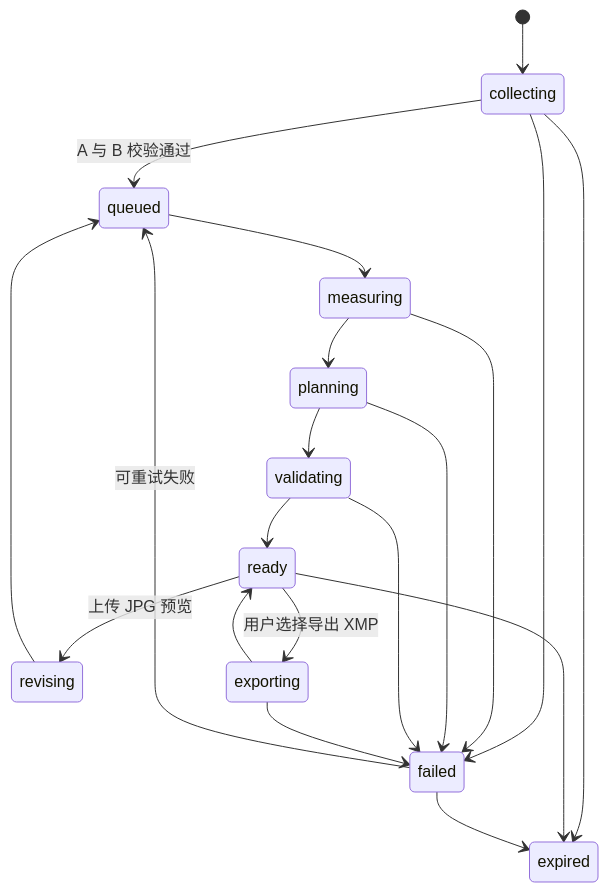
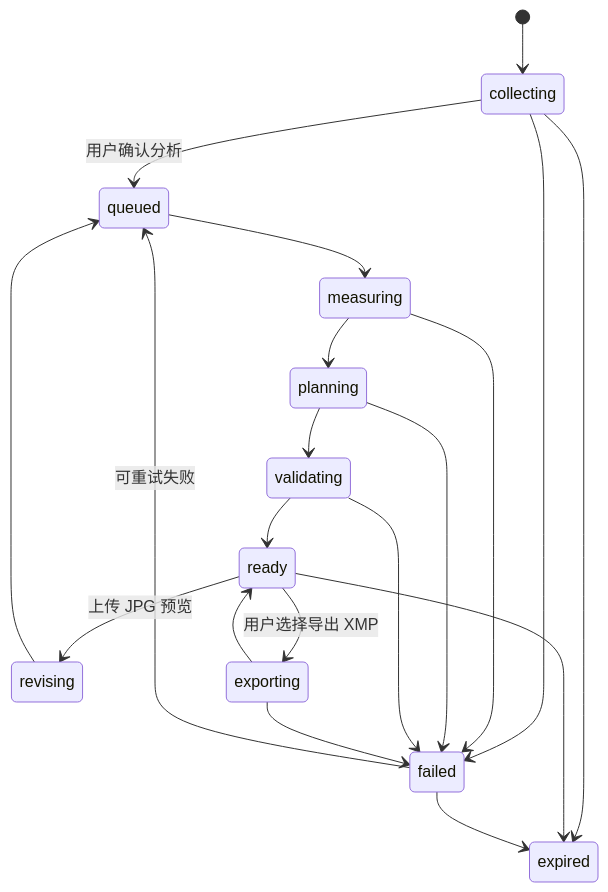
Before and after one commit to Li5771128/web-photo-agent: the second of 2 diagrams in ARCHITECTURE.md, drawn with Mermaid. The commit also changed other lines of this file and 29 other files, not shown here.

Commit message:
实现手动确认分析与确定性图像测量

````diff
--- a/ARCHITECTURE.md
+++ b/ARCHITECTURE.md
@@ -82,22 +82,22 @@
 ```mermaid
 stateDiagram-v2
   [*] --> collecting
-  collecting --> queued: A 与 B 校验通过
+  collecting --> queued: 用户确认分析
   queued --> measuring
   measuring --> planning
   planning --> validating
   validating --> ready
   ready --> revising: 上传 JPG 预览
   revising --> queued
   ready --> exporting: 用户选择导出 XMP
   exporting --> ready
   collecting --> failed
   measuring --> failed
   planning --> failed
   validating --> failed
   exporting --> failed
   failed --> queued: 可重试失败
   collecting --> expired
   ready --> expired
   failed --> expired
 ```
````
